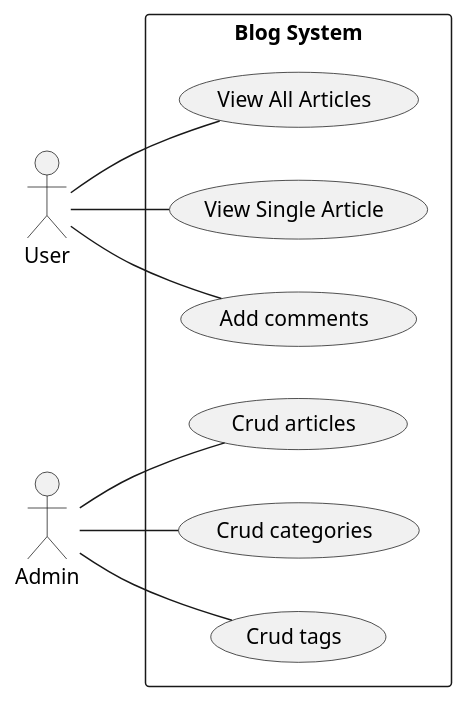
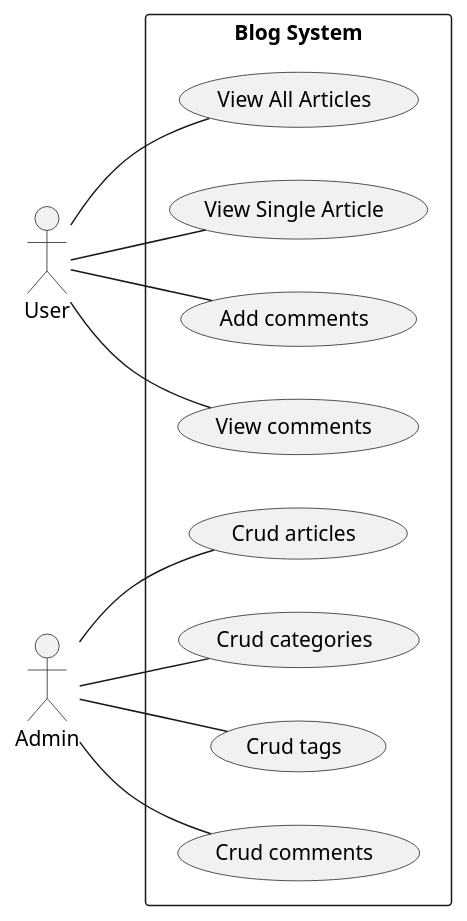
Before and after one commit to Suirita/13.Eloquence_advanced: the diagram in Analyse/Use_case.puml, drawn with PlantUML.

```diff
--- a/Analyse/Use_case.puml
+++ b/Analyse/Use_case.puml
@@ -1,28 +1,32 @@
 @startuml
 
 left to right direction
 actor User as user
 actor Admin as admin
 
 rectangle "Blog System" {
     usecase "View All Articles" as UC_ViewArticles
     usecase "View Single Article" as UC_ViewArticle
     usecase "Add comments" as UC_AddComments
+    usecase "View comments" as UC_ViewComments
 
     usecase "Crud articles" as UC_CrudArticles
     usecase "Crud categories" as UC_CrudCategories
     usecase "Crud tags" as UC_CrudTags
+    usecase "Crud comments" as UC_CrudComments
 
 }
 
 
 user -- UC_ViewArticle
 user -- UC_ViewArticles
 user -- UC_AddComments
+user -- UC_ViewComments
 
 admin -- UC_CrudArticles
 admin -- UC_CrudCategories
 admin -- UC_CrudTags
+admin -- UC_CrudComments
 
 
 @enduml
```
